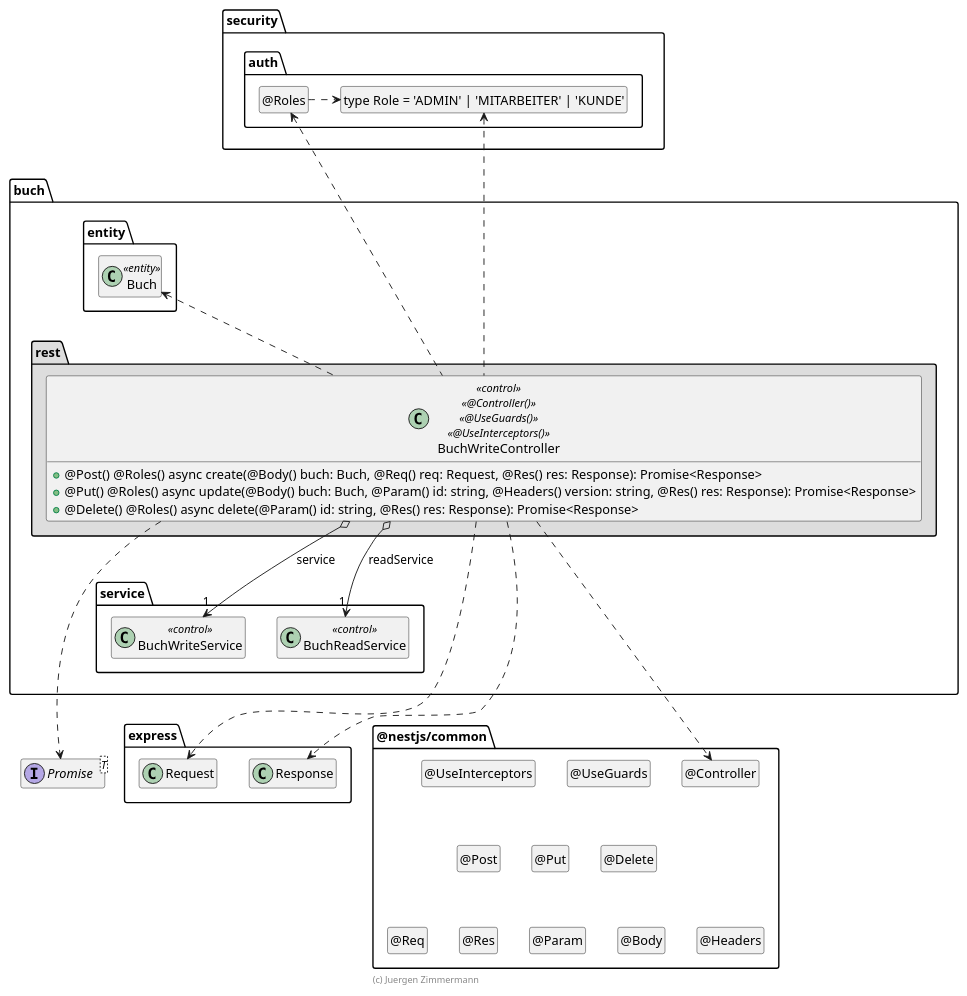
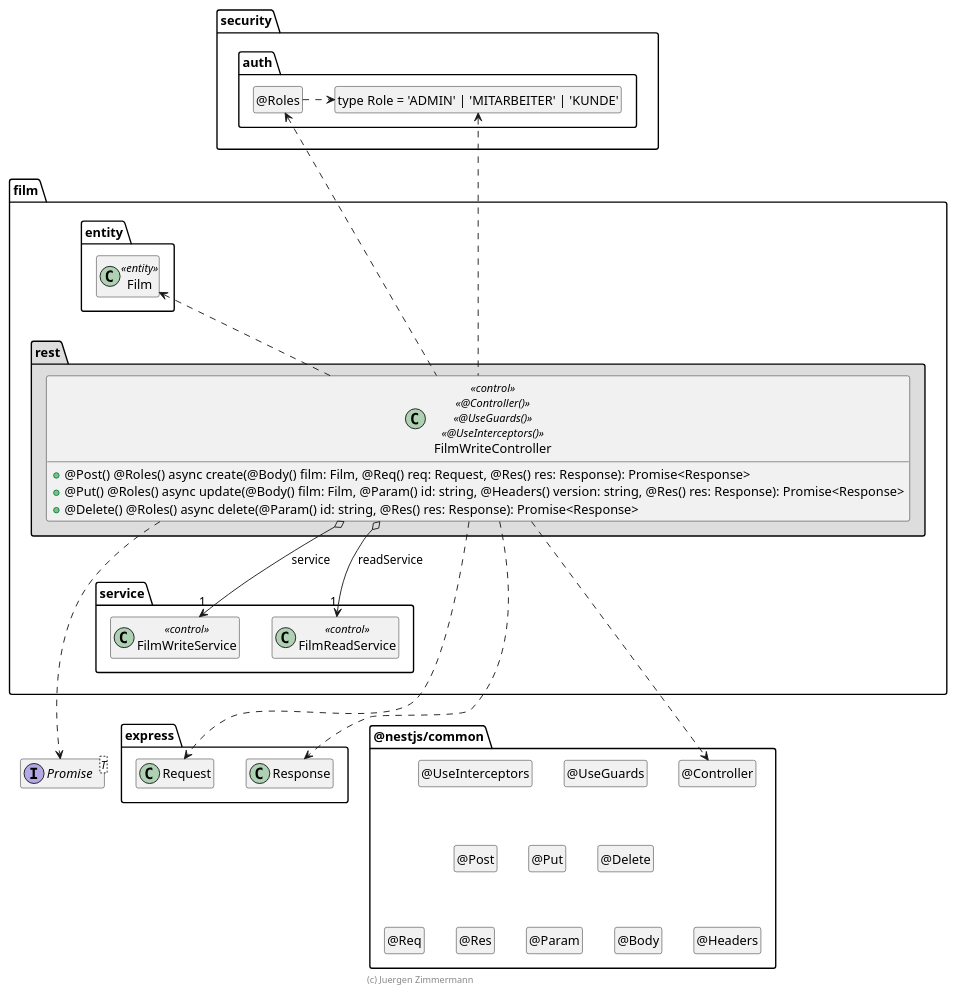
One commit to Yuszi/Film changed the diagram in .extras/doc/entwicklerhandbuch/FilmWriteController.plantuml. Above: the diagram before and after it, drawn with PlantUML. The commit also changed 58 other files, not shown here.

```diff
--- a/.extras/doc/entwicklerhandbuch/FilmWriteController.plantuml
+++ b/.extras/doc/entwicklerhandbuch/FilmWriteController.plantuml
@@ -18,110 +18,110 @@
 @startuml Controller-Klasse
 
 interface Promise<T>
 
 package @nestjs/common {
   class "@Controller" as Controller
   hide Controller circle
 
   class "@UseGuards" as UseGuards
   hide UseGuards circle
 
   class "@UseInterceptors" as UseInterceptors
   hide UseInterceptors circle
 
   class "@Post" as Post
   hide Post circle
 
   class "@Put" as Put
   hide Put circle
 
   class "@Delete" as Delete
   hide Delete circle
 
   class "@Req" as Req
   hide Req circle
 
   class "@Res" as Res
   hide Res circle
 
   class "@Param" as Param
   hide Param circle
 
   class "@Body" as Body
   hide Body circle
 
   class "@Headers" as Headers
   hide Headers circle
 
   UseInterceptors .[hidden].> Post
   UseInterceptors .[hidden].> Put
   UseInterceptors .[hidden].> Delete
 
   Post .[hidden].> Req
   Post .[hidden].> Res
   Post .[hidden].> Param
   Post .[hidden].> Body
   Post .[hidden].> Headers
 }
 
 package express {
   class Request
   class Response
 
   Response .right[hidden].> Controller
 }
 
 package security.auth {
   class "type Role = 'ADMIN' | 'MITARBEITER' | 'KUNDE'" as Role
   hide Role circle
 
   class "@Roles" as Roles
   hide Roles circle
 
   Roles .right.> Role
 }
 
-package buch {
+package film {
   package entity #FFFFFF {
-    class Buch <<entity>>
+    class Film <<entity>>
 
-    Buch .[hidden].> Promise
-    Buch .[hidden].> Request
+    Film .[hidden].> Promise
+    Film .[hidden].> Request
   }
 
   package service {
-    class BuchWriteService << control >>
-    class BuchReadService << control >>
+    class FilmWriteService << control >>
+    class FilmReadService << control >>
   }
 
   package rest #DDDDDD {
-    class BuchWriteController << control >> << @Controller() >> << @UseGuards() >> << @UseInterceptors() >> {
-      + @Post() @Roles() async create(@Body() buch: Buch, @Req() req: Request,  @Res() res: Response): Promise<Response>
-      + @Put() @Roles() async update(@Body() buch: Buch, @Param() id: string, @Headers() version: string, @Res() res: Response): Promise<Response>
+    class FilmWriteController << control >> << @Controller() >> << @UseGuards() >> << @UseInterceptors() >> {
+      + @Post() @Roles() async create(@Body() film: Film, @Req() req: Request,  @Res() res: Response): Promise<Response>
+      + @Put() @Roles() async update(@Body() film: Film, @Param() id: string, @Headers() version: string, @Res() res: Response): Promise<Response>
       + @Delete() @Roles() async delete(@Param() id: string, @Res() res: Response): Promise<Response>
     }
 
-    BuchWriteController o--> "1" BuchWriteService : service
-    BuchWriteController o--> "1" BuchReadService : readService
-    BuchWriteController ..up> Buch
+    FilmWriteController o--> "1" FilmWriteService : service
+    FilmWriteController o--> "1" FilmReadService : readService
+    FilmWriteController ..up> Film
 
-    BuchWriteController ..> Controller
+    FilmWriteController ..> Controller
 
-    BuchWriteController .up.> Roles
-    BuchWriteController .up.> Role
+    FilmWriteController .up.> Roles
+    FilmWriteController .up.> Role
 
-    BuchWriteController ..> Request
-    BuchWriteController ..> Response
-    BuchWriteController ..> Promise
+    FilmWriteController ..> Request
+    FilmWriteController ..> Response
+    FilmWriteController ..> Promise
 
-    Buch .up[hidden].> Roles
-    BuchWriteService .[hidden].> Request
-    BuchWriteService .[hidden].> Promise
+    Film .up[hidden].> Roles
+    FilmWriteService .[hidden].> Request
+    FilmWriteService .[hidden].> Promise
   }
 }
 
 hide empty members
 
 footer (c) Juergen Zimmermann
 
 @enduml
```
